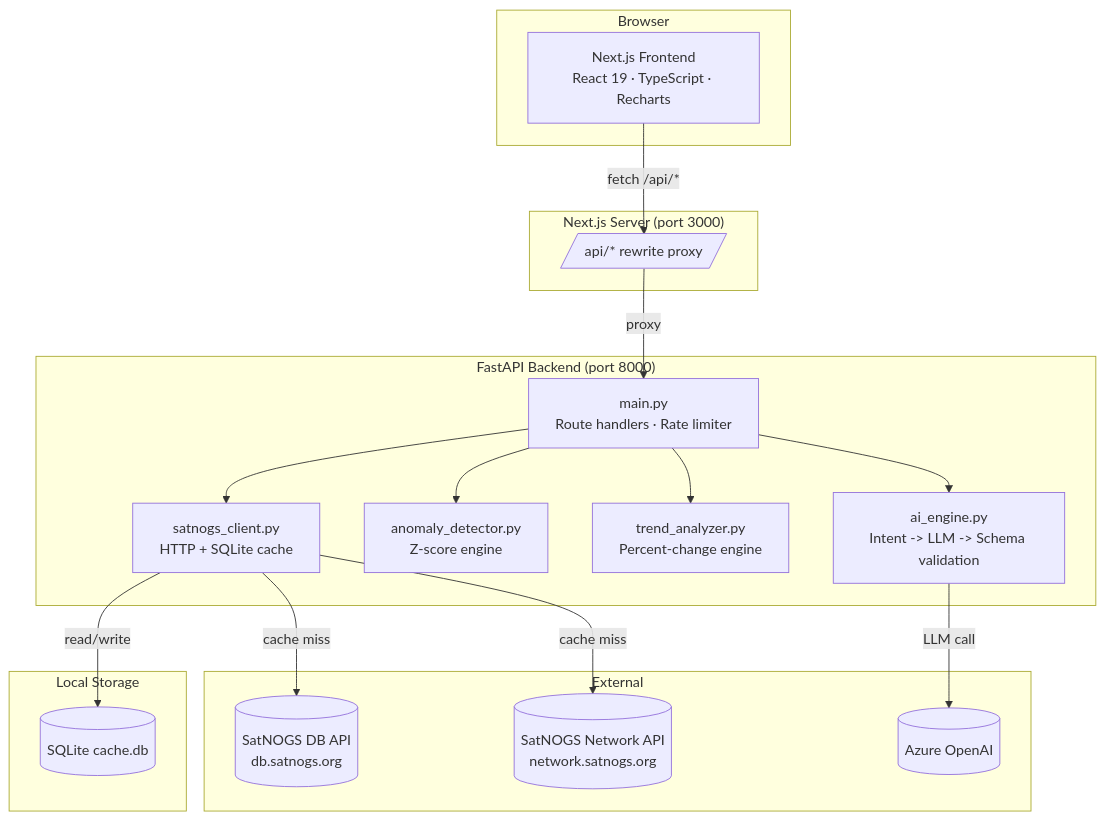
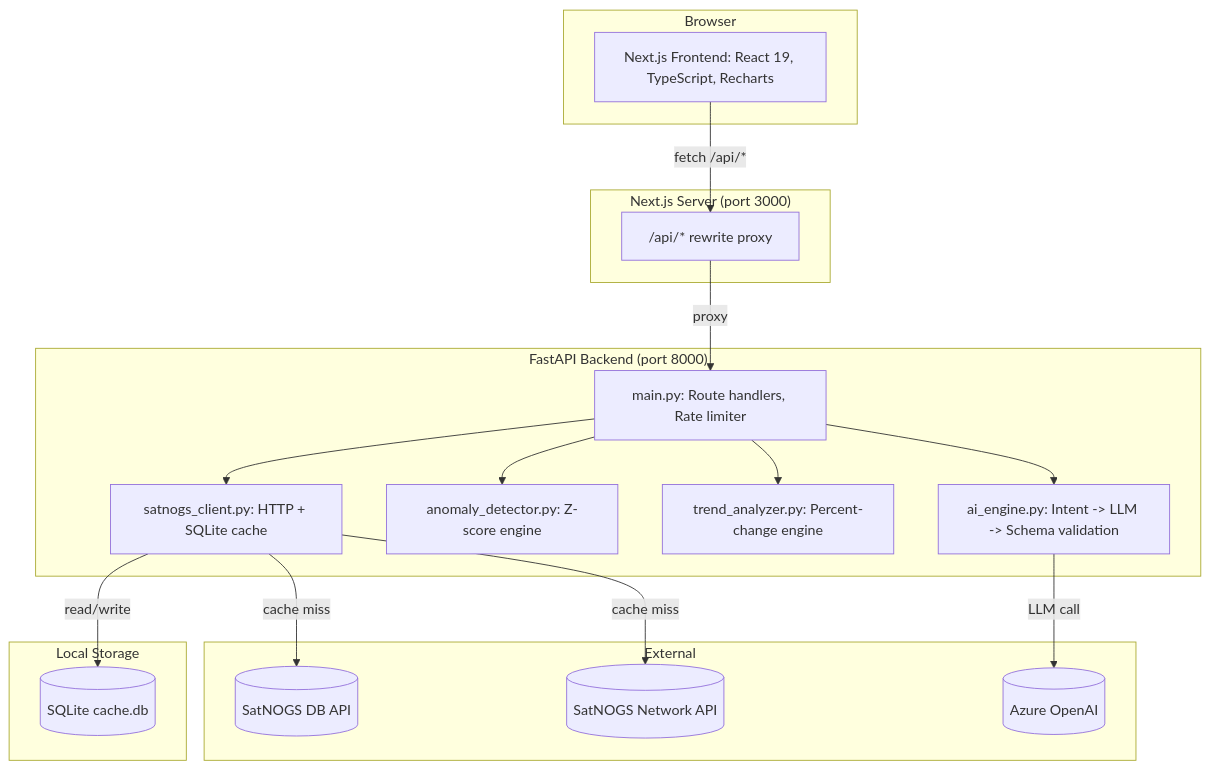
Before and after one commit to yoohooshantanu/Downlink: the first of 9 diagrams in README.md, drawn with Mermaid. The commit also changed other lines of this file, not shown here.

Commit message:
docs: use purely standard mermaid syntax to fix VS Code / Markdown preview compatibility

````diff
--- a/README.md
+++ b/README.md
@@ -48,39 +48,39 @@
 ```mermaid
-graph TD
+flowchart TD
     subgraph Browser
-        A[Next.js Frontend<br/>React 19 · TypeScript · Recharts]
+        A["Next.js Frontend: React 19, TypeScript, Recharts"]
     end
 
     subgraph Next_Server["Next.js Server (port 3000)"]
-        B[/api/* rewrite proxy/]
+        B["/api/* rewrite proxy"]
     end
 
     subgraph FastAPI_Backend["FastAPI Backend (port 8000)"]
-        C["main.py<br/>Route handlers · Rate limiter"]
-        D["satnogs_client.py<br/>HTTP + SQLite cache"]
-        E["anomaly_detector.py<br/>Z-score engine"]
-        F["trend_analyzer.py<br/>Percent-change engine"]
-        G["ai_engine.py<br/>Intent -> LLM -> Schema validation"]
+        C["main.py: Route handlers, Rate limiter"]
+        D["satnogs_client.py: HTTP + SQLite cache"]
+        E["anomaly_detector.py: Z-score engine"]
+        F["trend_analyzer.py: Percent-change engine"]
+        G["ai_engine.py: Intent -> LLM -> Schema validation"]
     end
 
     subgraph External
-        H[(SatNOGS DB API<br/>db.satnogs.org)]
-        I[(SatNOGS Network API<br/>network.satnogs.org)]
-        J[(Azure OpenAI)]
+        H[("SatNOGS DB API")]
+        I[("SatNOGS Network API")]
+        J[("Azure OpenAI")]
     end
 
     subgraph Local_Storage["Local Storage"]
-        K[(SQLite cache.db)]
+        K[("SQLite cache.db")]
     end
 
     A -->|fetch /api/*| B
     B -->|proxy| C
     C --> D
     C --> E
     C --> F
     C --> G
     D -->|cache miss| H
     D -->|cache miss| I
     D -->|read/write| K
     G -->|LLM call| J
 ```
````
